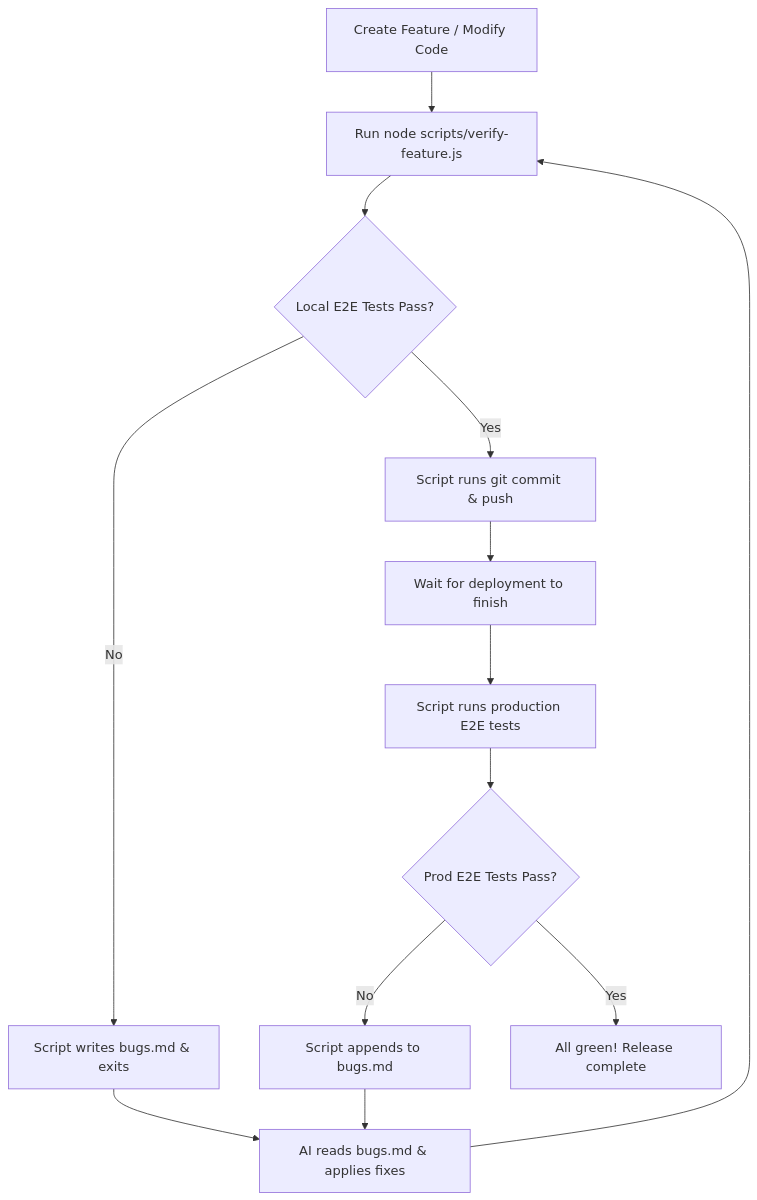
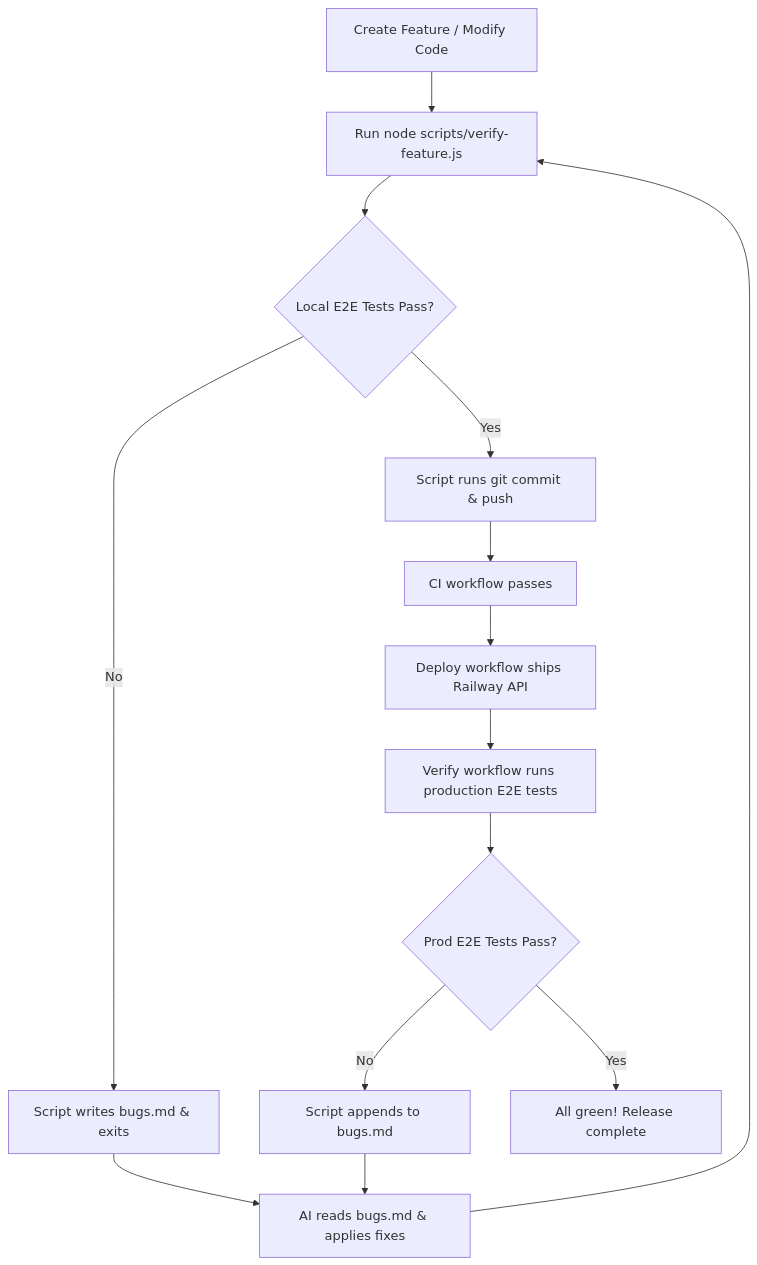
Before and after one commit to praveen202105/Vently: the diagram in docs/verification_pipeline.md, drawn with Mermaid. The commit also changed other lines of this file and 4 other files, not shown here.

Commit message:
fix(ci): run prod verification after deploy

````diff
--- a/docs/verification_pipeline.md
+++ b/docs/verification_pipeline.md
@@ -11,15 +11,16 @@
 ```mermaid
 graph TD
     A[Create Feature / Modify Code] --> B[Run node scripts/verify-feature.js]
     B --> C{Local E2E Tests Pass?}
     C -- No --> D[Script writes bugs.md & exits]
     D --> E[AI reads bugs.md & applies fixes]
     E --> B
     C -- Yes --> F[Script runs git commit & push]
-    F --> G[Wait for deployment to finish]
-    G --> H[Script runs production E2E tests]
-    H --> I{Prod E2E Tests Pass?}
-    I -- No --> J[Script appends to bugs.md]
-    J --> E
-    I -- Yes --> K[All green! Release complete]
+    F --> G[CI workflow passes]
+    G --> H[Deploy workflow ships Railway API]
+    H --> I[Verify workflow runs production E2E tests]
+    I --> J{Prod E2E Tests Pass?}
+    J -- No --> K[Script appends to bugs.md]
+    K --> E
+    J -- Yes --> L[All green! Release complete]
 ```
````
